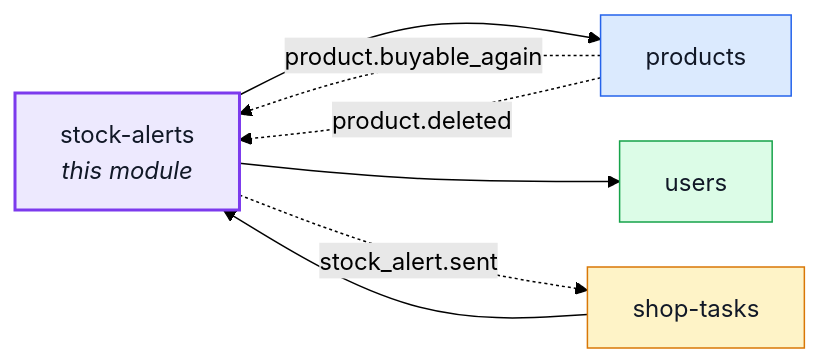
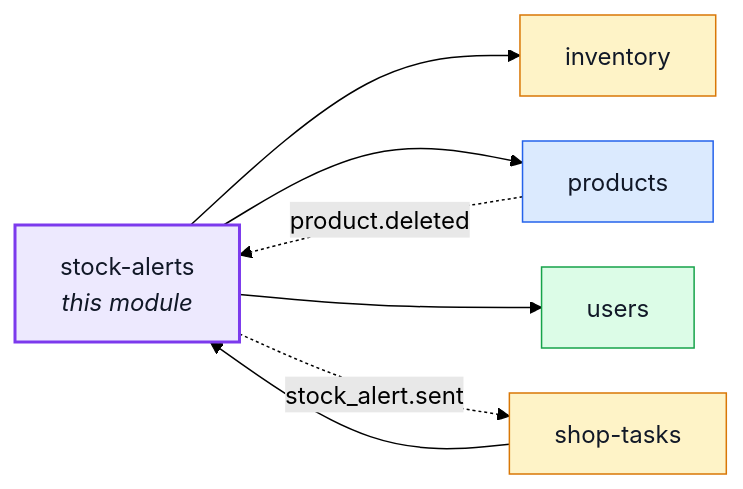
The first of 2 diagrams in docs/modules/stock-alerts.md (Guebbit/boilerplate-node-backend), drawn with Mermaid (forest theme) before and after one commit. The commit also changed other lines of this file and 97 other files, not shown here.

First line of the commit message:
refactor(products): drop the stock copy; stock-alerts asks inventory on a 5-minute sweep

````diff
--- a/docs/modules/stock-alerts.md
+++ b/docs/modules/stock-alerts.md
@@ -23,24 +23,25 @@
 ```mermaid
 %%{init: {'flowchart': {'nodeSpacing': 30, 'rankSpacing': 60}}}%%
 flowchart LR
     stock_alerts["stock-alerts<br/><i>this module</i>"]
+    inventory["inventory"]
     products["products"]
     shop_tasks["shop-tasks"]
     users["users"]
 
     shop_tasks --> stock_alerts
+    stock_alerts --> inventory
     stock_alerts --> products
     stock_alerts --> users
-    products -. "product.buyable_again" .-> stock_alerts
     products -. "product.deleted" .-> stock_alerts
     stock_alerts -. "stock_alert.sent" .-> shop_tasks
 
     classDef core fill:#dbeafe,stroke:#2563eb,color:#111827;
     classDef supporting fill:#fef3c7,stroke:#d97706,color:#111827;
     classDef generic fill:#dcfce7,stroke:#16a34a,color:#111827;
     classDef centre fill:#ede9fe,stroke:#7c3aed,stroke-width:2px,color:#111827;
     class products core;
-    class shop_tasks supporting;
+    class inventory,shop_tasks supporting;
     class users generic;
     class stock_alerts centre;
 ```
````
